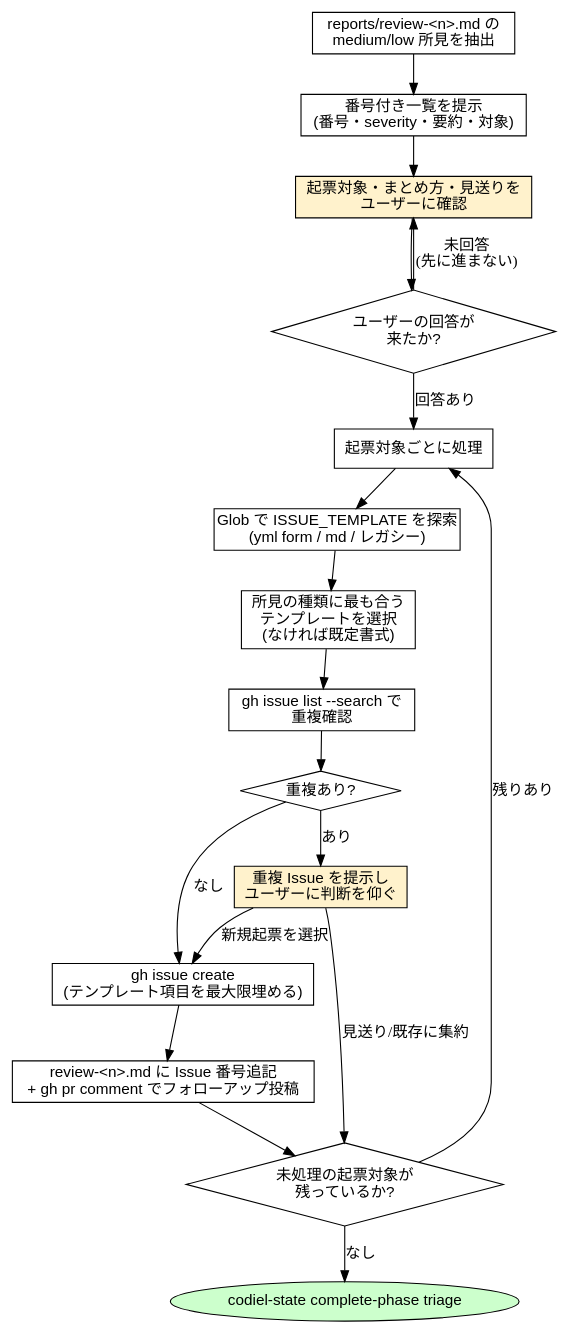
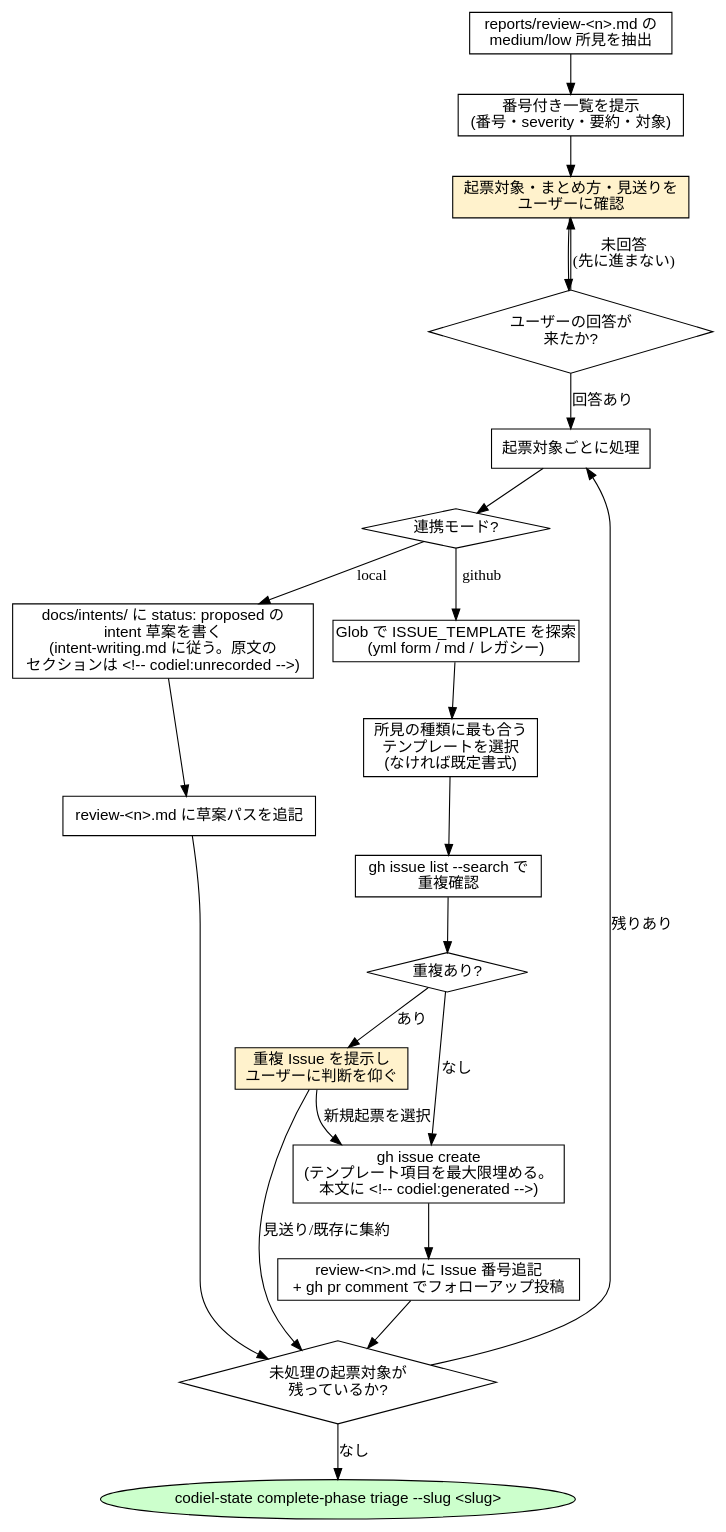
Diagram 12 of 15 in plugins/codiel/docs/skill-flowcharts.md (Amatsuka-kobo/amatsuka-claude-plugins), drawn with Graphviz before and after one commit. The commit also changed other lines of this file and 15 other files, not shown here.

Commit message:
feat(codiel): intent 書式 v2・執筆規則・intent フェーズ・syncing-intents を足し、analyzing-issues と codiel-analyst を削除する

````diff
--- a/plugins/codiel/docs/skill-flowcharts.md
+++ b/plugins/codiel/docs/skill-flowcharts.md
@@ -516,33 +479,40 @@
 ```dot
 digraph filing_followup_issues {
   rankdir=TB;
   node [fontname="sans-serif"];
 
   read_report [label="reports/review-<n>.md の\nmedium/low 所見を抽出", shape=box];
   list [label="番号付き一覧を提示\n(番号・severity・要約・対象)", shape=box];
   ask_user [label="起票対象・まとめ方・見送りを\nユーザーに確認", shape=box, style=filled, fillcolor="#fff2cc"];
   wait [label="ユーザーの回答が\n来たか?", shape=diamond];
   for_each [label="起票対象ごとに処理", shape=box];
+  mode [label="連携モード?", shape=diamond];
   find_template [label="Glob で ISSUE_TEMPLATE を探索\n(yml form / md / レガシー)", shape=box];
   select_template [label="所見の種類に最も合う\nテンプレートを選択\n(なければ既定書式)", shape=box];
   dup_check [label="gh issue list --search で\n重複確認", shape=box];
   dup_found [label="重複あり?", shape=diamond];
   ask_dup [label="重複 Issue を提示し\nユーザーに判断を仰ぐ", shape=box, style=filled, fillcolor="#fff2cc"];
-  create [label="gh issue create\n(テンプレート項目を最大限埋める)", shape=box];
+  create [label="gh issue create\n(テンプレート項目を最大限埋める。\n本文に <!-- codiel:generated -->)", shape=box];
   record [label="review-<n>.md に Issue 番号追記\n+ gh pr comment でフォローアップ投稿", shape=box];
+  draft_local [label="docs/intents/ に status: proposed の\nintent 草案を書く\n(intent-writing.md に従う。原文の\nセクションは <!-- codiel:unrecorded -->)", shape=box];
+  record_local [label="review-<n>.md に草案パスを追記", shape=box];
   more [label="未処理の起票対象が\n残っているか?", shape=diamond];
-  complete [label="codiel-state complete-phase triage", shape=ellipse, style=filled, fillcolor="#ccffcc"];
+  complete [label="codiel-state complete-phase triage --slug <slug>", shape=ellipse, style=filled, fillcolor="#ccffcc"];
 
   read_report -> list -> ask_user -> wait;
   wait -> ask_user [label="未回答\n(先に進まない)"];
   wait -> for_each [label="回答あり"];
-  for_each -> find_template -> select_template -> dup_check -> dup_found;
+  for_each -> mode;
+  mode -> find_template [label="github"];
+  mode -> draft_local [label="local"];
+  find_template -> select_template -> dup_check -> dup_found;
   dup_found -> ask_dup [label="あり"];
   dup_found -> create [label="なし"];
   ask_dup -> create [label="新規起票を選択"];
   ask_dup -> more [label="見送り/既存に集約"];
   create -> record -> more;
+  draft_local -> record_local -> more;
   more -> for_each [label="残りあり"];
   more -> complete [label="なし"];
 }
 ```
````
